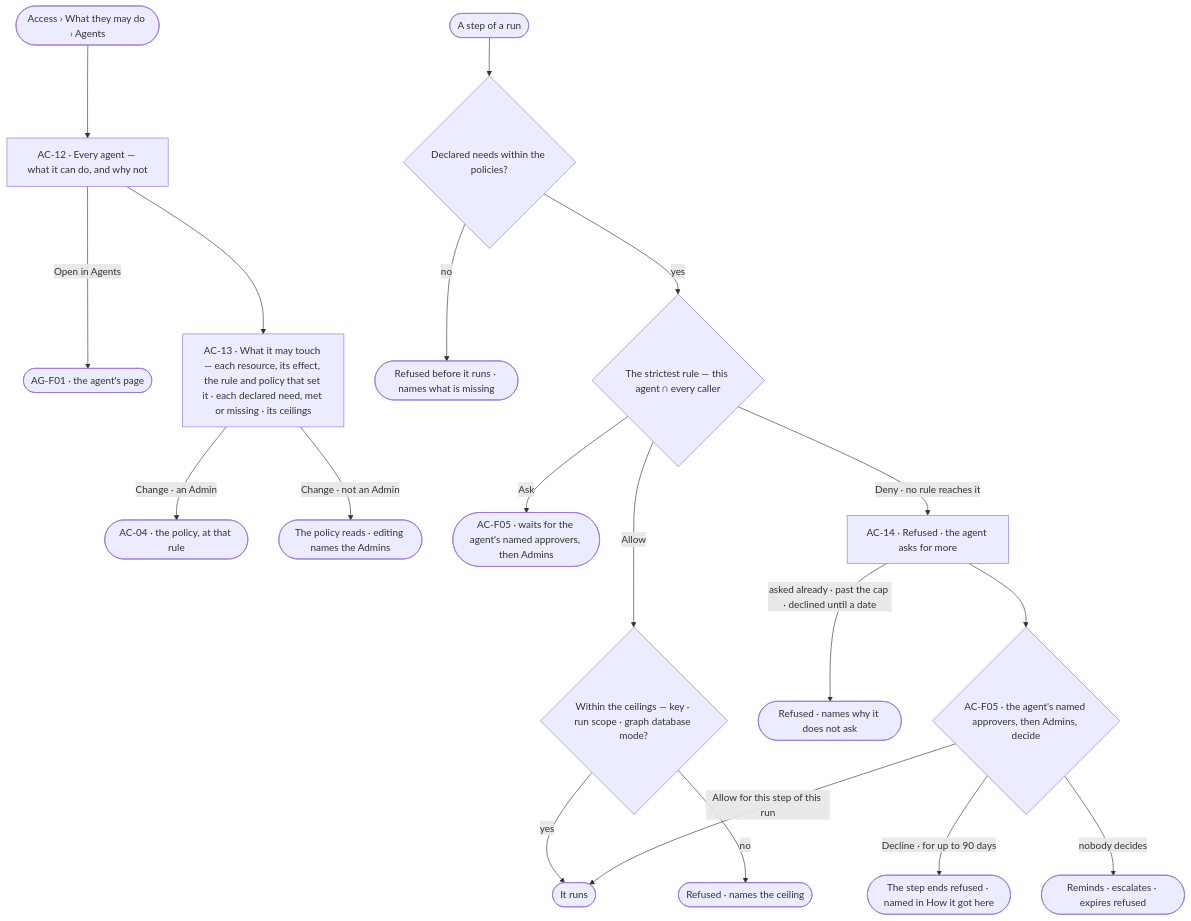
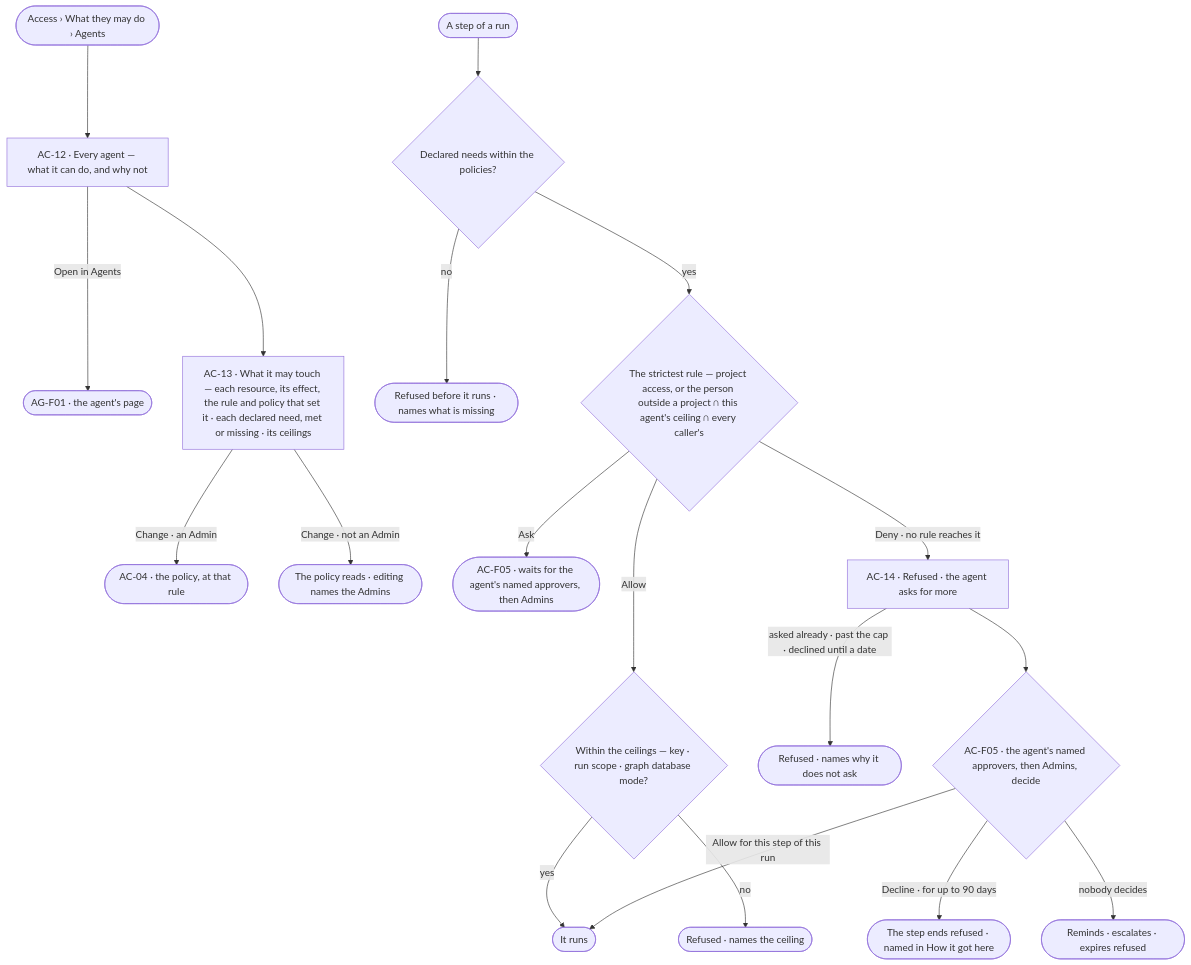
One commit to invana/invana changed the first of 2 diagrams in specs/os/access/features/AC-F04-what-an-agent-may-touch/feature.md. Above: the diagram before and after it, drawn with Mermaid. The commit also changed other lines of this file and 106 other files, not shown here.

First line of the commit message:
docs(specs): access policies replace roles; Agents mode; project access

````diff
--- a/specs/os/access/features/AC-F04-what-an-agent-may-touch/feature.md
+++ b/specs/os/access/features/AC-F04-what-an-agent-may-touch/feature.md
@@ -26,21 +26,21 @@
 ```mermaid
 flowchart TD
   start([Access › What they may do › Agents]) --> ag["AC-12 · Every agent — what it can do, and why not"]
   ag -->|Open in Agents| agx(["AG-F01 · the agent's page"])
   ag --> touch["AC-13 · What it may touch — each resource, its effect, the rule and policy that set it · each declared need, met or missing · its ceilings"]
   touch -->|Change · an Admin| pol(["AC-04 · the policy, at that rule"])
   touch -->|Change · not an Admin| ro(["The policy reads · editing names the Admins"])
   run([A step of a run]) --> need{"Declared needs within the policies?"}
   need -->|no| nr(["Refused before it runs · names what is missing"])
-  need -->|yes| chain{"The strictest rule — this agent ∩ every caller"}
+  need -->|yes| chain{"The strictest rule — project access, or the person outside a project ∩ this agent's ceiling ∩ every caller's"}
   chain -->|Allow| ceil{"Within the ceilings — key · run scope · graph database mode?"}
   ceil -->|yes| go(["It runs"])
   ceil -->|no| cr(["Refused · names the ceiling"])
   chain -->|Ask| ask(["AC-F05 · waits for the agent's named approvers, then Admins"])
   chain -->|Deny · no rule reaches it| blk["AC-14 · Refused · the agent asks for more"]
   blk -->|asked already · past the cap · declined until a date| cap(["Refused · names why it does not ask"])
   blk --> more{"AC-F05 · the agent's named approvers, then Admins, decide"}
   more -->|Allow for this step of this run| go
   more -->|Decline · for up to 90 days| refd(["The step ends refused · named in How it got here"])
   more -->|nobody decides| exp(["Reminds · escalates · expires refused"])
 ```
````
